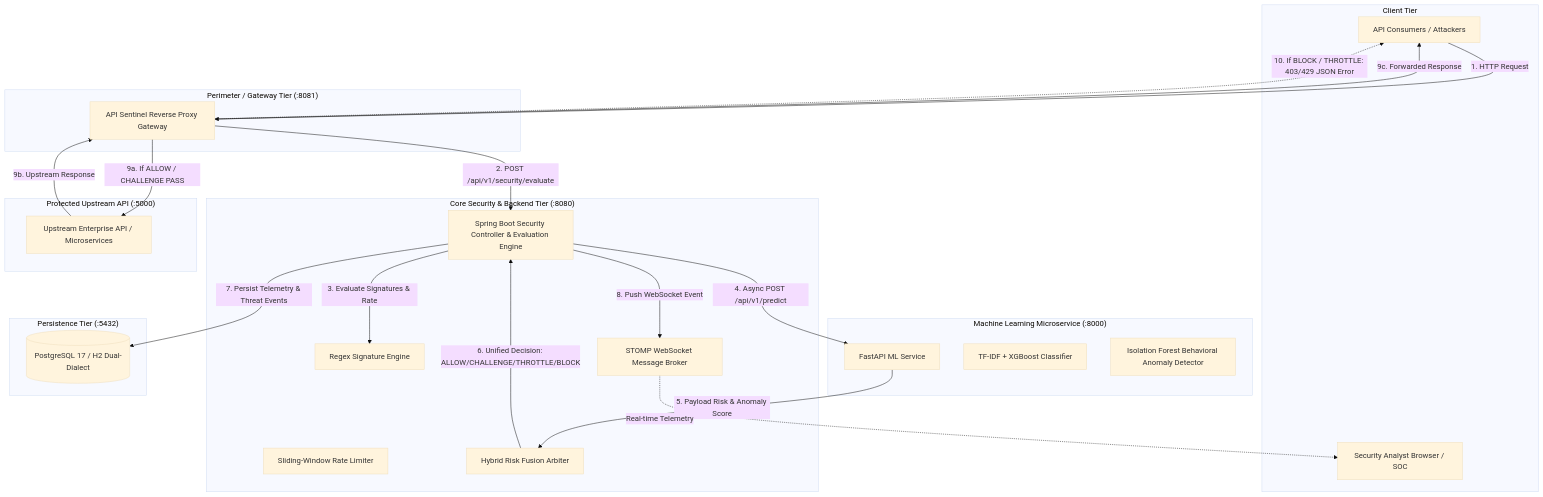
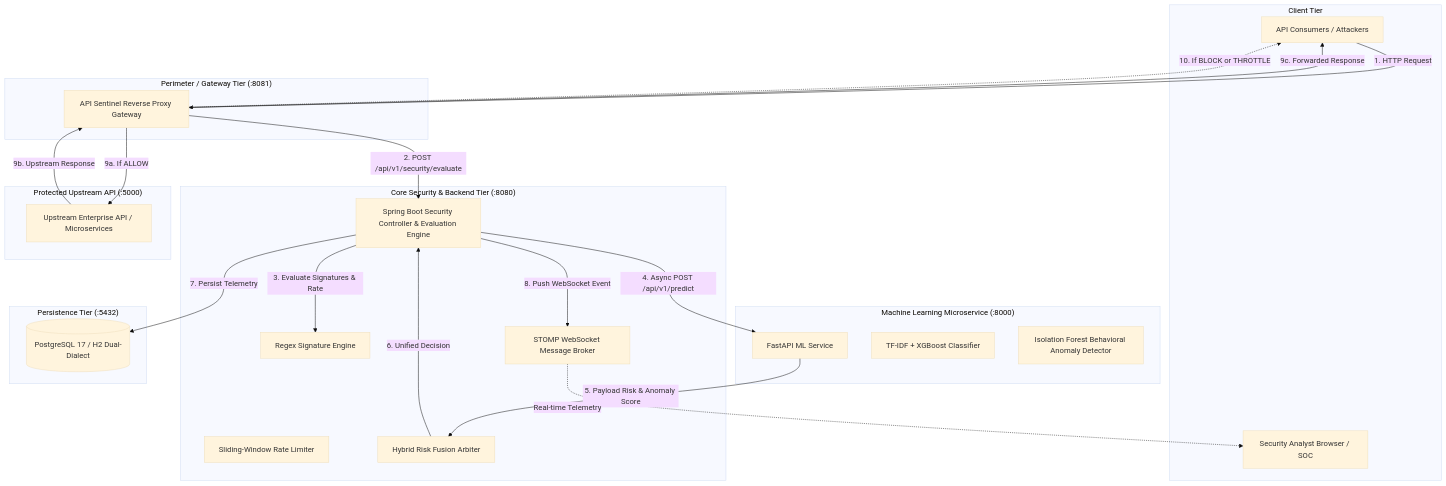
One commit to veer714/API_IDS changed the diagram in docs/ARCHITECTURE.md. Above: the diagram before and after it, drawn with Mermaid (base theme). The commit also changed 1 other file, not shown here.

Commit message:
fix(docs): quote Mermaid arrow labels to ensure rich display rendering on GitHub

````diff
--- a/docs/ARCHITECTURE.md
+++ b/docs/ARCHITECTURE.md
@@ -7,48 +7,48 @@
 ```mermaid
 flowchart TB
     subgraph Clients["Client Tier"]
         Client[API Consumers / Attackers]
         Browser[Security Analyst Browser / SOC]
     end
 
     subgraph Edge["Perimeter / Gateway Tier (:8081)"]
         Gateway[API Sentinel Reverse Proxy Gateway]
     end
 
     subgraph Core["Core Security & Backend Tier (:8080)"]
         Backend[Spring Boot Security Controller & Evaluation Engine]
         Rules[Regex Signature Engine]
         RateLimiter[Sliding-Window Rate Limiter]
         Fusion[Hybrid Risk Fusion Arbiter]
         StompBroker[STOMP WebSocket Message Broker]
     end
 
     subgraph MLTier["Machine Learning Microservice (:8000)"]
         MLService[FastAPI ML Service]
         PayloadModel[TF-IDF + XGBoost Classifier]
         AnomalyModel[Isolation Forest Behavioral Anomaly Detector]
     end
 
     subgraph Persistence["Persistence Tier (:5432)"]
         DB[(PostgreSQL 17 / H2 Dual-Dialect)]
     end
 
     subgraph Target["Protected Upstream API (:5000)"]
         DemoAPI[Upstream Enterprise API / Microservices]
     end
 
-    Client -->|1. HTTP Request| Gateway
-    Gateway -->|2. POST /api/v1/security/evaluate| Backend
-    Backend -->|3. Evaluate Signatures & Rate| Rules
-    Backend -->|4. Async POST /api/v1/predict| MLService
-    MLService -->|5. Payload Risk & Anomaly Score| Fusion
-    Fusion -->|6. Unified Decision: ALLOW/CHALLENGE/THROTTLE/BLOCK| Backend
-    Backend -->|7. Persist Telemetry & Threat Events| DB
-    Backend -->|8. Push WebSocket Event| StompBroker
-    StompBroker -.->|Real-time Telemetry| Browser
+    Client -->|"1. HTTP Request"| Gateway
+    Gateway -->|"2. POST /api/v1/security/evaluate"| Backend
+    Backend -->|"3. Evaluate Signatures & Rate"| Rules
+    Backend -->|"4. Async POST /api/v1/predict"| MLService
+    MLService -->|"5. Payload Risk & Anomaly Score"| Fusion
+    Fusion -->|"6. Unified Decision"| Backend
+    Backend -->|"7. Persist Telemetry"| DB
+    Backend -->|"8. Push WebSocket Event"| StompBroker
+    StompBroker -.->|"Real-time Telemetry"| Browser
 
-    Gateway -->|9a. If ALLOW / CHALLENGE PASS| DemoAPI
-    DemoAPI -->|9b. Upstream Response| Gateway
-    Gateway -->|9c. Forwarded Response| Client
-    Gateway -.->|10. If BLOCK / THROTTLE: 403/429 JSON Error| Client
+    Gateway -->|"9a. If ALLOW"| DemoAPI
+    DemoAPI -->|"9b. Upstream Response"| Gateway
+    Gateway -->|"9c. Forwarded Response"| Client
+    Gateway -.->|"10. If BLOCK or THROTTLE"| Client
 ```
````
